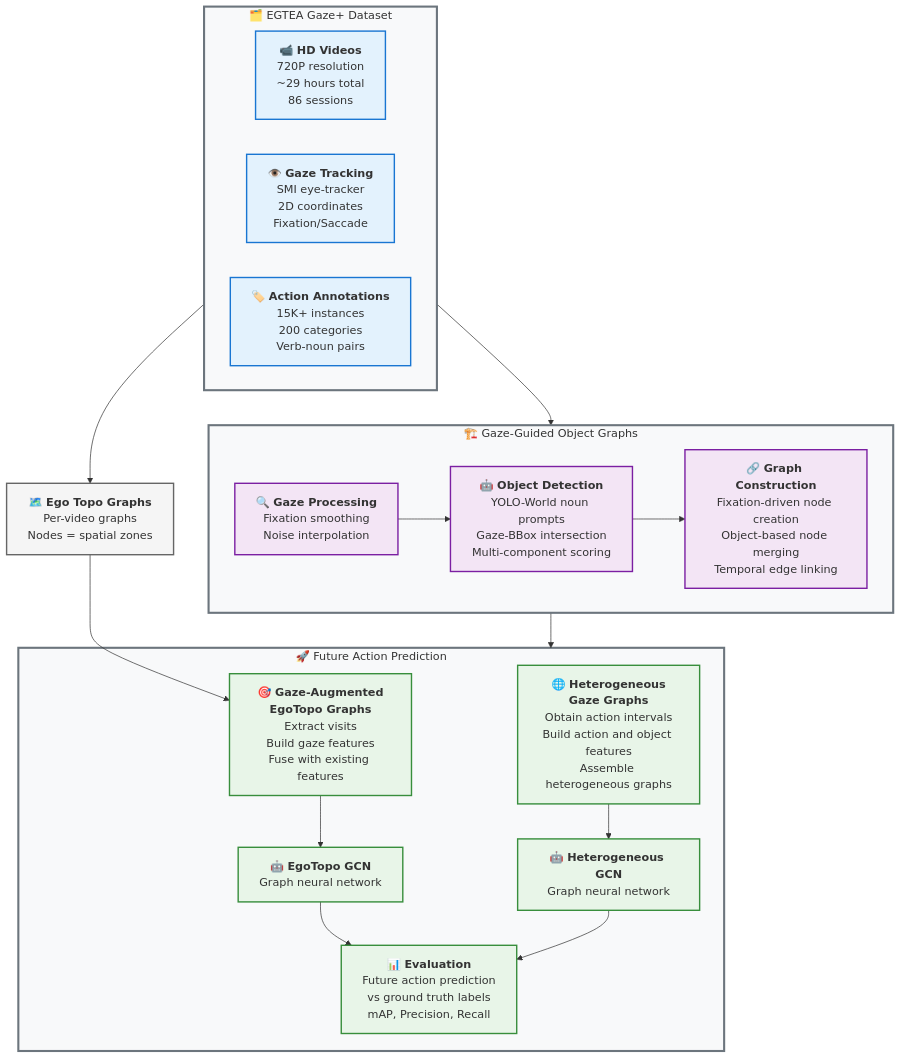
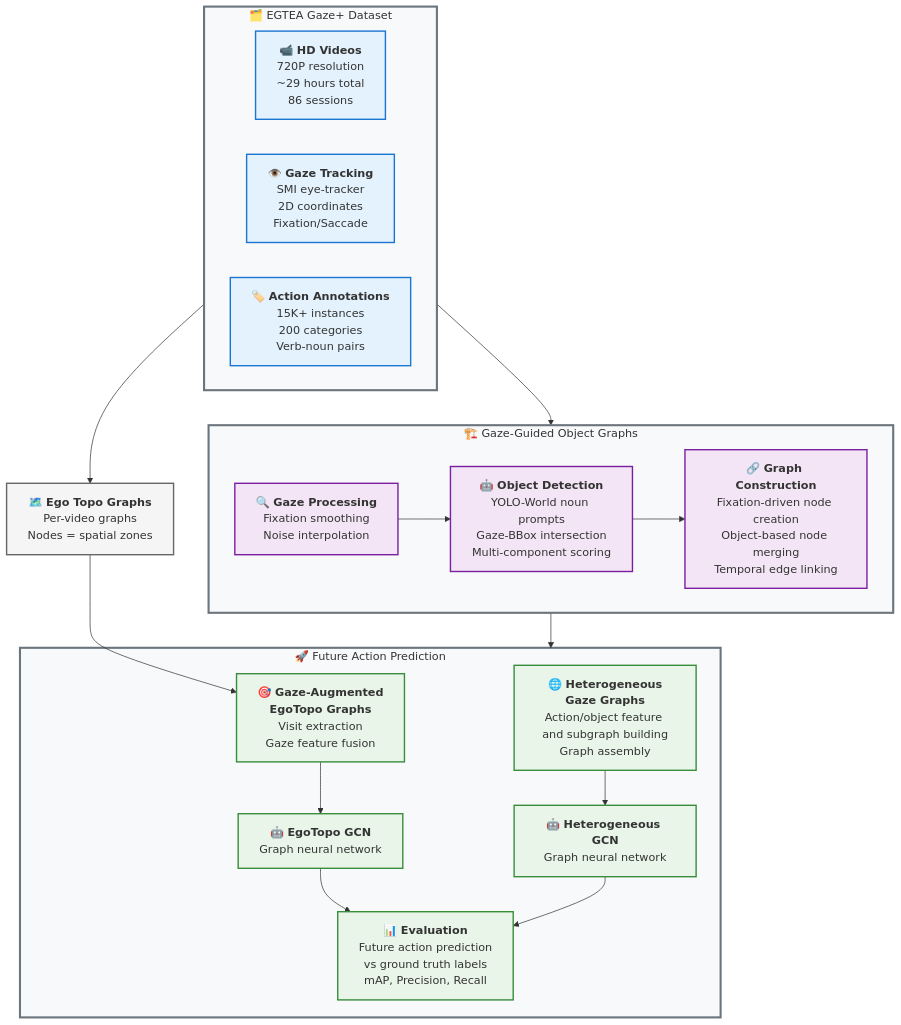
Before and after one commit to tavis-siebert/gaze-guided-scene: the diagram in figures/graph-construction-overview.md, drawn with Mermaid.

Commit message:
fix(figures): simplify descriptions in graph construction overview
- Update Gaze-Augmented EgoTopo and Heterogeneous Gaze Graphs descriptions for clarity and conciseness
- Replace detailed bullet points with streamlined phrases for better readability

```diff
--- a/figures/graph-construction-overview.md
+++ b/figures/graph-construction-overview.md
@@ -52,15 +52,13 @@
     subgraph Prediction["🚀 Future Action Prediction"]
         G["`🎯 **Gaze-Augmented
         EgoTopo Graphs**
-        Extract visits
-        Build gaze features
-        Fuse with existing features`"]
+        Visit extraction
+        Gaze feature fusion`"]
         
         H["`🌐 **Heterogeneous
         Gaze Graphs**
-        Obtain action intervals
-        Build action and object features
-        Assemble heterogeneous graphs`"]
+        Action/object feature and subgraph building
+        Graph assembly`"]
         
         I1["`🤖 **EgoTopo GCN**
         Graph neural network`"]
```
